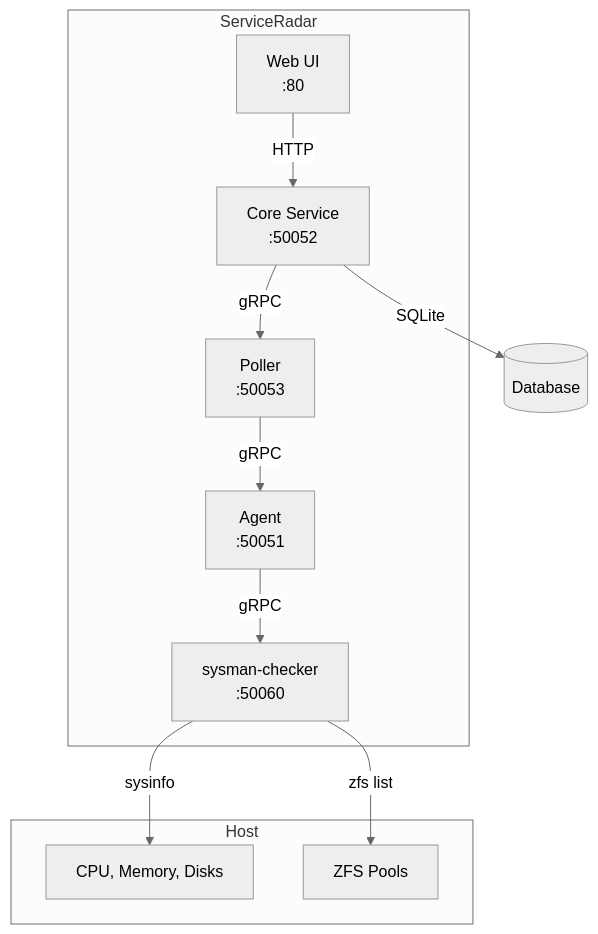
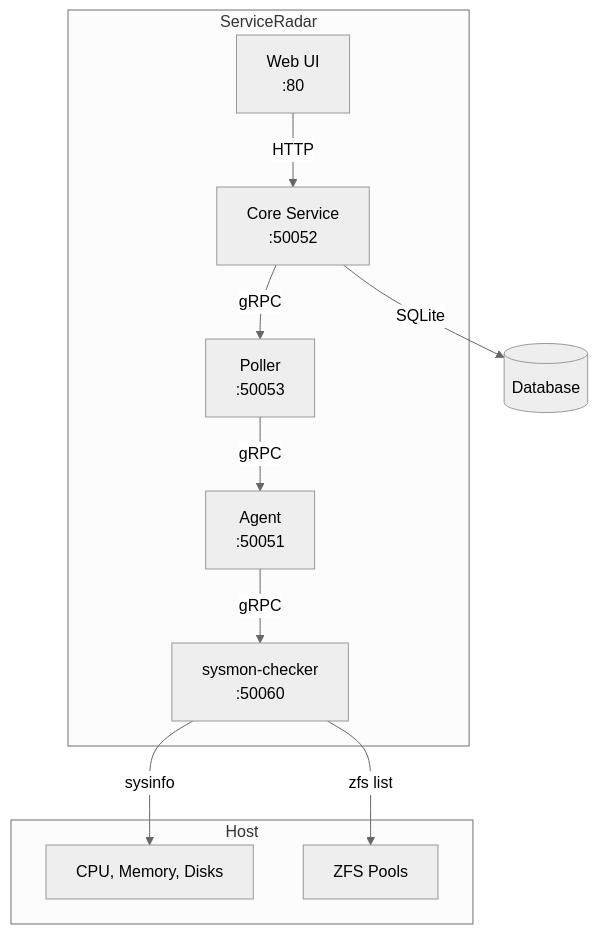
The diagram in cmd/checkers/sysmon/PRD.md (carverauto/serviceradar), drawn with Mermaid (neutral theme) before and after one commit. The commit also changed other lines of this file and 9 other files, not shown here.

````diff
--- a/cmd/checkers/sysmon/PRD.md
+++ b/cmd/checkers/sysmon/PRD.md
@@ -430,19 +430,19 @@
 ```mermaid
 graph TD
     subgraph "ServiceRadar"
         WebUI[Web UI<br>:80]
         Core[Core Service<br>:50052]
         Poller[Poller<br>:50053]
         Agent[Agent<br>:50051]
-        Checker[sysman-checker<br>:50060]
+        Checker[sysmon-checker<br>:50060]
         WebUI -->|HTTP| Core
         Core -->|gRPC| Poller
         Poller -->|gRPC| Agent
         Agent -->|gRPC| Checker
     end
     subgraph "Host"
         Checker -->|sysinfo| System[CPU, Memory, Disks]
         Checker -->|zfs list| ZFS[ZFS Pools]
     end
     Core -->|SQLite| DB[(Database)]
 ```
````
